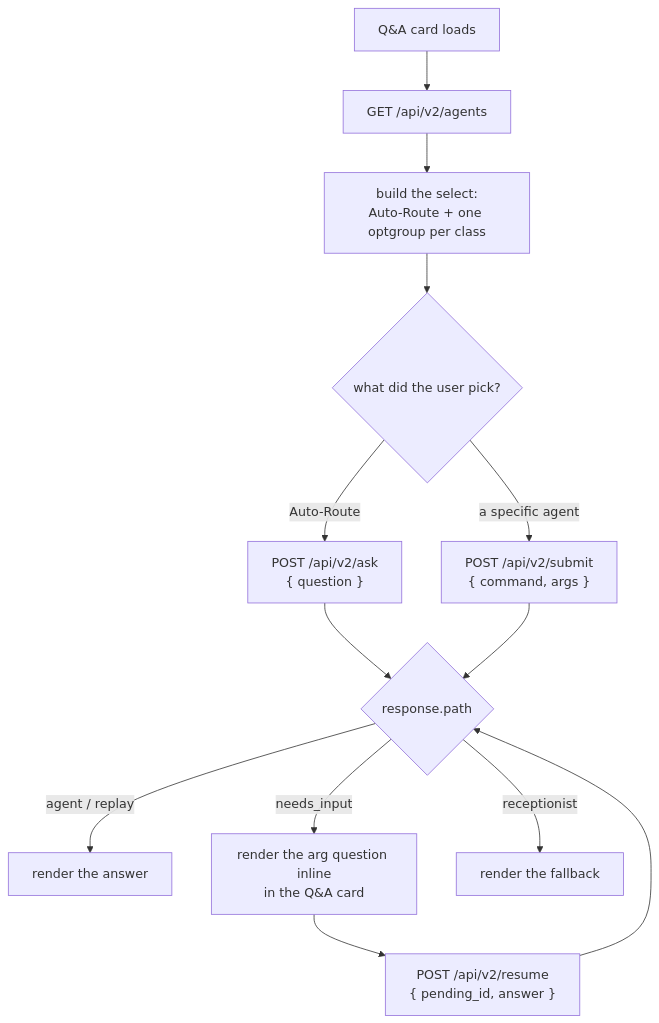
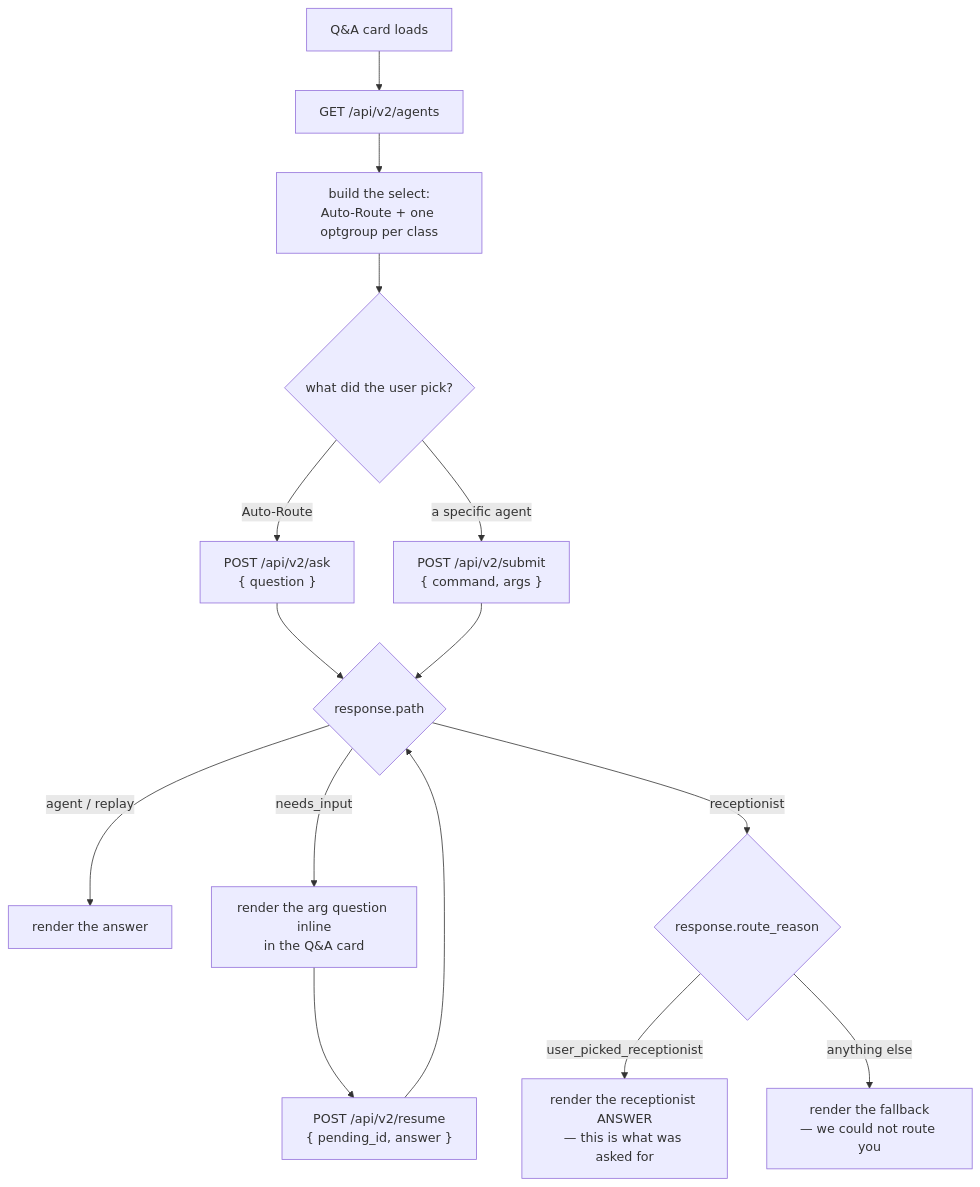
Before and after one commit to deepily/lupin: the diagram in src/rnd/v0.2.0/2026.08.22-qa-card-registry-driven-submit-panel-retirement.md, drawn with Mermaid. The commit also changed other lines of this file and 2 other files, not shown here.

````diff
--- a/src/rnd/v0.2.0/2026.08.22-qa-card-registry-driven-submit-panel-retirement.md
+++ b/src/rnd/v0.2.0/2026.08.22-qa-card-registry-driven-submit-panel-retirement.md
@@ -150,15 +150,17 @@
 ```mermaid
 flowchart TD
     A["Q&A card loads"] --> B["GET /api/v2/agents"]
     B --> C["build the select:<br/>Auto-Route + one optgroup per class"]
     C --> D{"what did the user pick?"}
     D -->|Auto-Route| E["POST /api/v2/ask<br/>{ question }"]
     D -->|a specific agent| F["POST /api/v2/submit<br/>{ command, args }"]
     E --> G{"response.path"}
     F --> G
     G -->|agent / replay| H["render the answer"]
     G -->|needs_input| I["render the arg question inline<br/>in the Q&A card"]
-    G -->|receptionist| J["render the fallback"]
+    G -->|receptionist| R{"response.route_reason"}
+    R -->|user_picked_receptionist| P["render the receptionist ANSWER<br/>— this is what was asked for"]
+    R -->|anything else| J["render the fallback<br/>— we could not route you"]
     I --> K["POST /api/v2/resume<br/>{ pending_id, answer }"]
     K --> G
 ```
````
